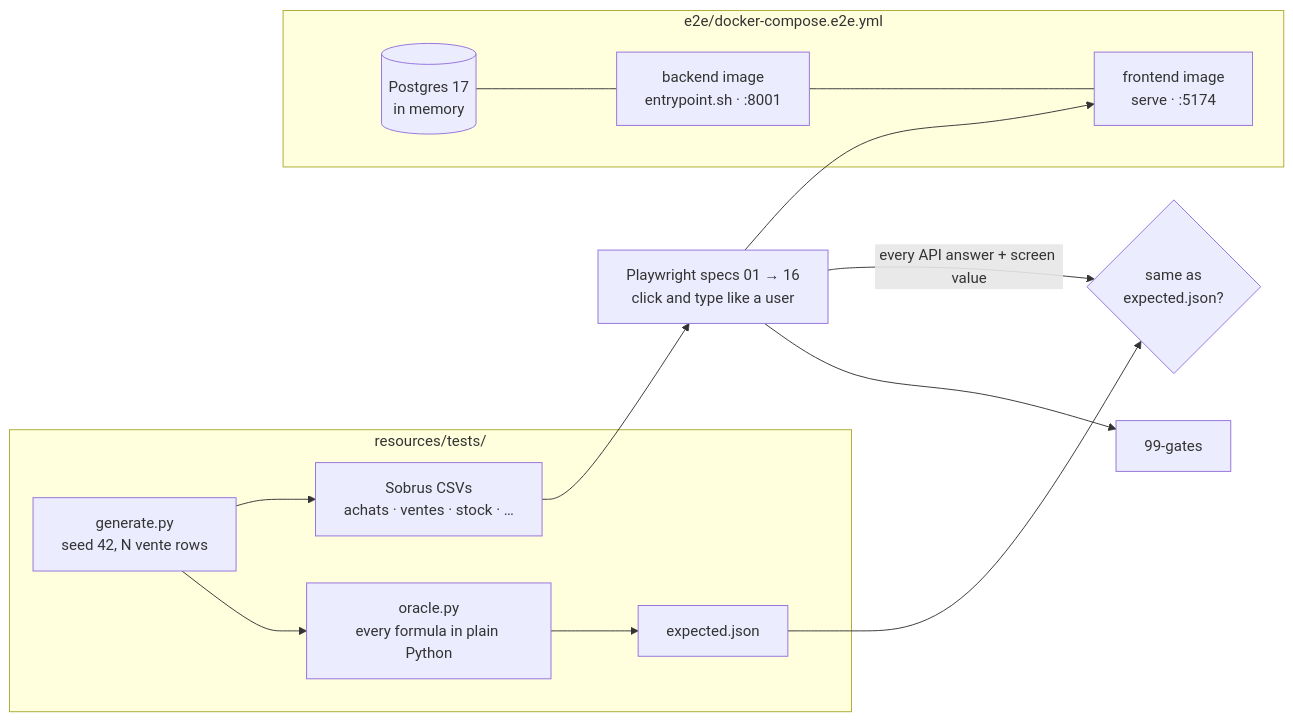
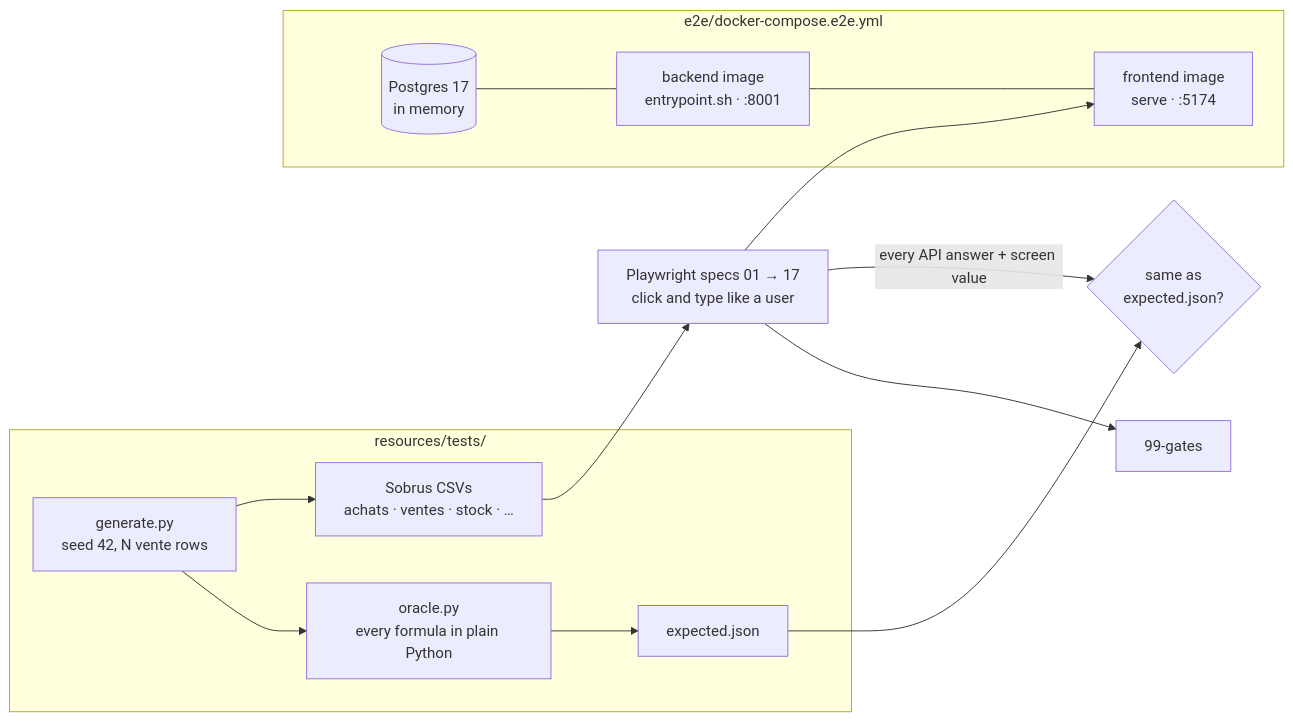
Before and after one commit to ura-computing/ura-posix: diagram 15 of 17 in README.md, drawn with Mermaid. The commit also changed other lines of this file and 2 other files, not shown here.

````diff
--- a/README.md
+++ b/README.md
@@ -532,15 +553,15 @@
 ```mermaid
 flowchart LR
   subgraph data["resources/tests/"]
     GEN["generate.py<br/>seed 42, N vente rows"] --> CSV["Sobrus CSVs<br/>achats · ventes · stock · …"]
     GEN --> ORA["oracle.py<br/>every formula in plain Python"] --> EXP["expected.json"]
   end
   subgraph stack["e2e/docker-compose.e2e.yml"]
     DB[("Postgres 17<br/>in memory")] --- BE["backend image<br/>entrypoint.sh · :8001"] --- FE["frontend image<br/>serve · :5174"]
   end
-  CSV --> PW["Playwright specs 01 → 16<br/>click and type like a user"]
+  CSV --> PW["Playwright specs 01 → 17<br/>click and type like a user"]
   PW --> FE
   PW -- "every API answer + screen value" --> CMP{"same as<br/>expected.json?"}
   EXP --> CMP
   PW --> G["99-gates"]
 ```
````
